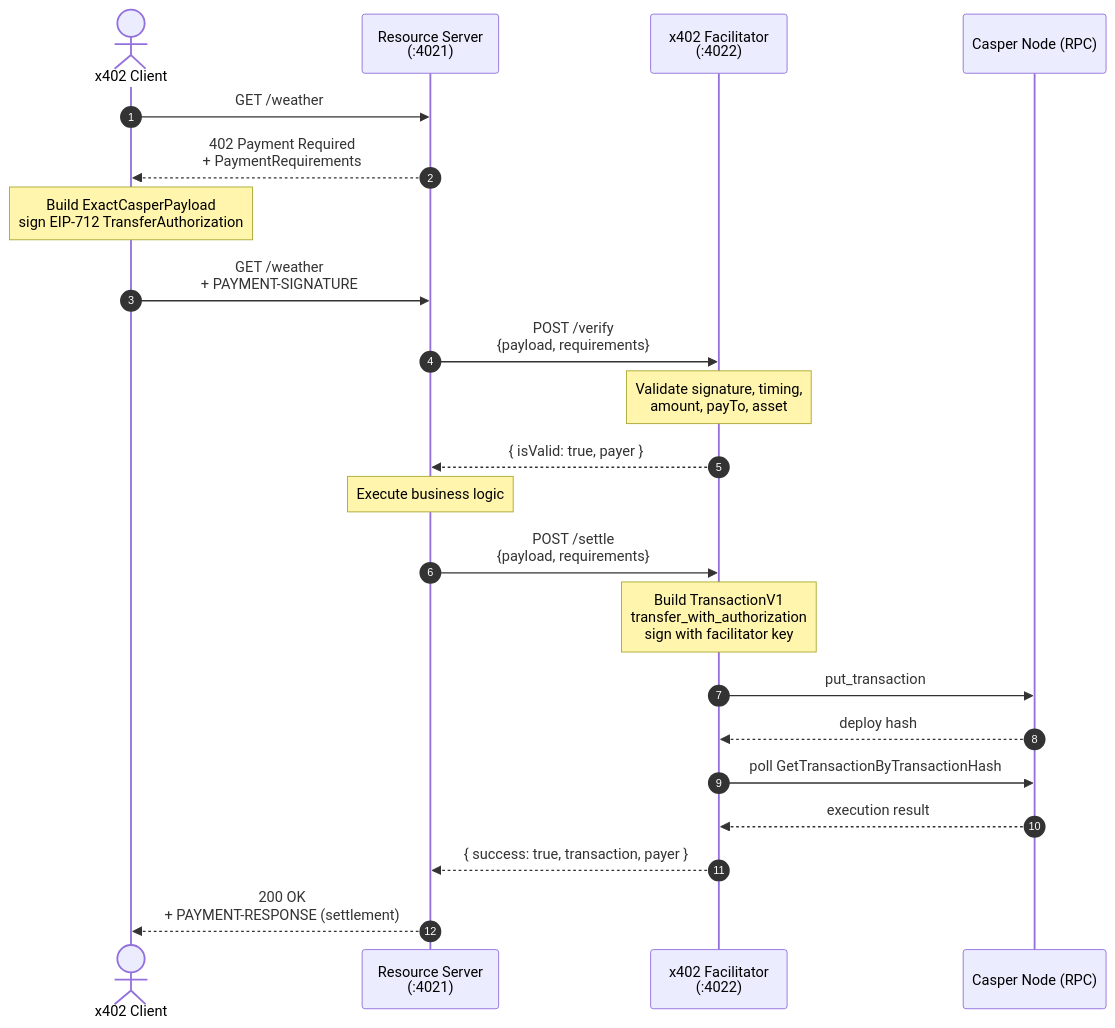
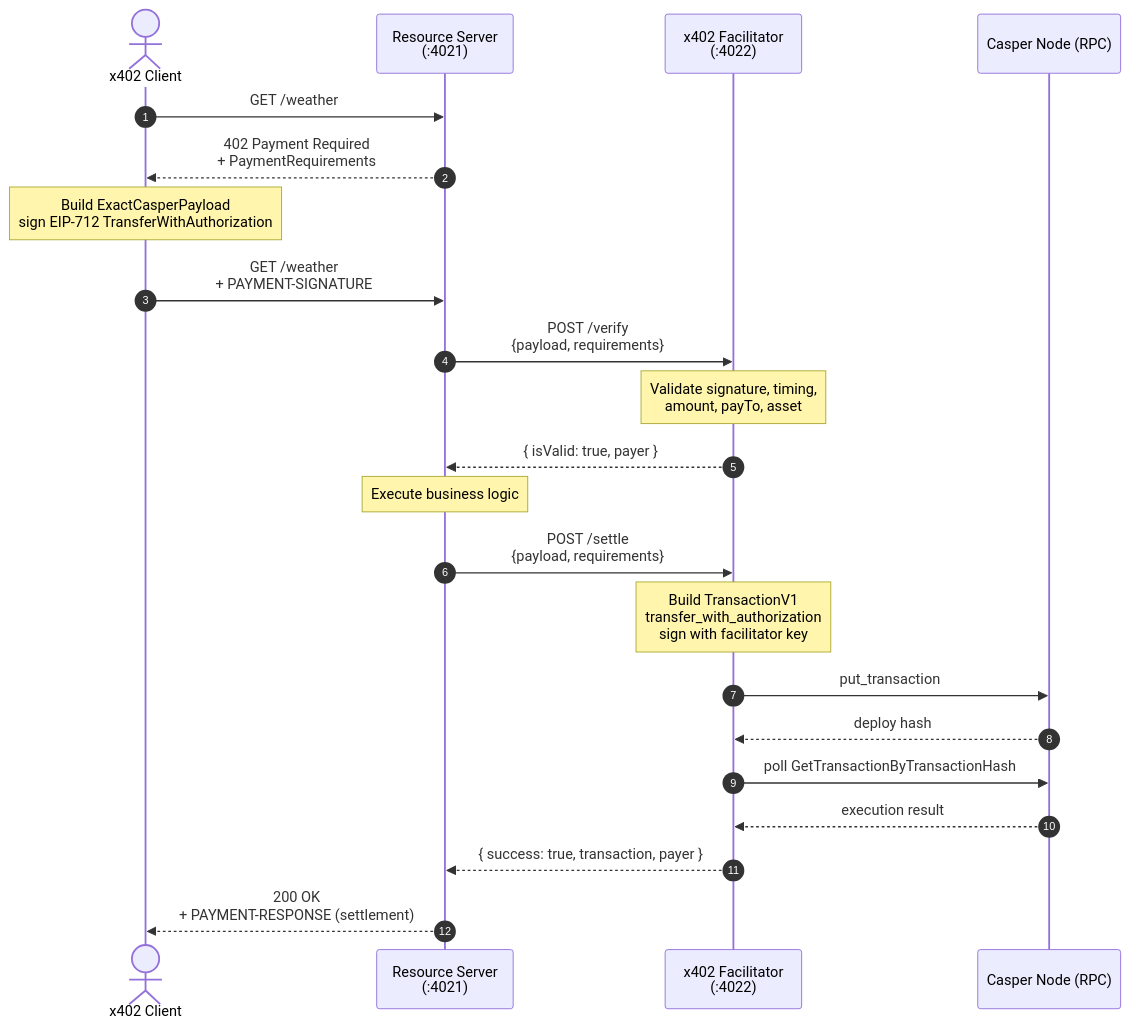
Before and after one commit to make-software/casper-x402: the diagram in docs/architecture.mmd, drawn with Mermaid. The commit also changed 4 other files, not shown here.

Commit message:
Refactor: TransferAuthorization -> TransferWithAuthorization

```diff
--- a/docs/architecture.mmd
+++ b/docs/architecture.mmd
@@ -1,29 +1,29 @@
 sequenceDiagram
     autonumber
     actor Client as x402 Client
     participant Server as Resource Server<br/>(:4021)
     participant Facilitator as x402 Facilitator<br/>(:4022)
     participant Casper as Casper Node (RPC)
 
     Client->>Server: GET /weather
     Server-->>Client: 402 Payment Required<br/>+ PaymentRequirements
 
-    Note over Client: Build ExactCasperPayload<br/>sign EIP-712 TransferAuthorization
+    Note over Client: Build ExactCasperPayload<br/>sign EIP-712 TransferWithAuthorization
 
     Client->>Server: GET /weather<br/>+ PAYMENT-SIGNATURE
 
     Server->>Facilitator: POST /verify<br/>{payload, requirements}
     Note over Facilitator: Validate signature, timing,<br/>amount, payTo, asset
     Facilitator-->>Server: { isValid: true, payer }
 
     Note over Server: Execute business logic
 
     Server->>Facilitator: POST /settle<br/>{payload, requirements}
     Note over Facilitator: Build TransactionV1<br/>transfer_with_authorization<br/>sign with facilitator key
     Facilitator->>Casper: put_transaction
     Casper-->>Facilitator: deploy hash
     Facilitator->>Casper: poll GetTransactionByTransactionHash
     Casper-->>Facilitator: execution result
     Facilitator-->>Server: { success: true, transaction, payer }
 
     Server-->>Client: 200 OK<br/>+ PAYMENT-RESPONSE (settlement)
```
